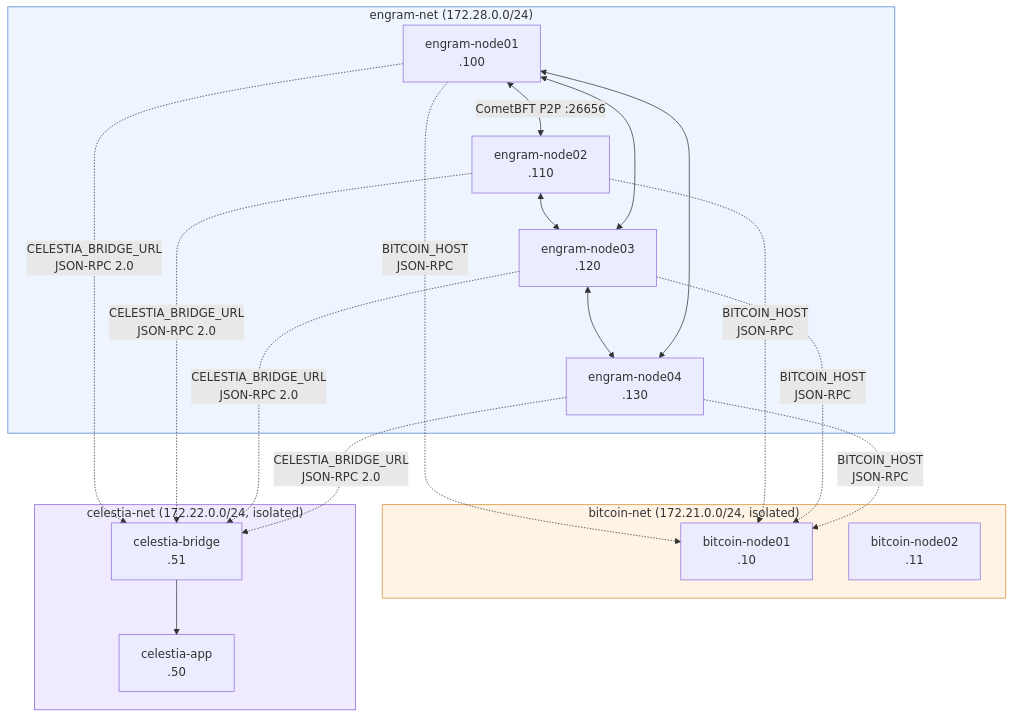
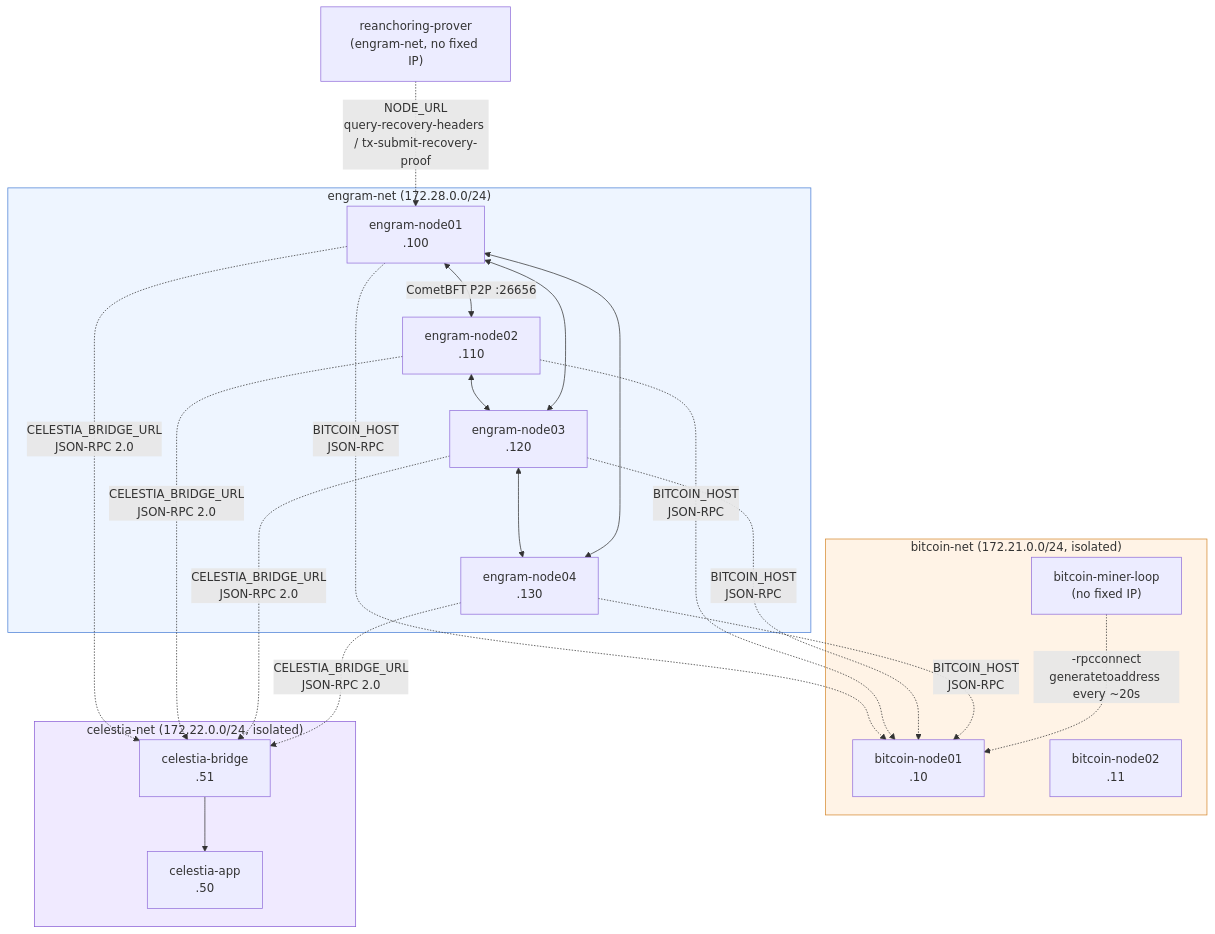
One commit to cuongct924/engram-sovereign-fsm changed the first of 3 diagrams in docs/ARCHITECTURE.md. Above: the diagram before and after it, drawn with Mermaid. The commit also changed other lines of this file and 1 other file, not shown here.

First line of the commit message:
docs: refresh ARCHITECTURE.md/DEVELOPMENT.md for the containerized miner-loop/prover setup

````diff
--- a/docs/ARCHITECTURE.md
+++ b/docs/ARCHITECTURE.md
@@ -10,29 +10,33 @@
 ```mermaid
 flowchart TB
     subgraph engramnet["engram-net (172.28.0.0/24)"]
         N1["engram-node01<br/>.100"]
         N2["engram-node02<br/>.110"]
         N3["engram-node03<br/>.120"]
         N4["engram-node04<br/>.130"]
         N1 <-->|CometBFT P2P :26656| N2
         N2 <--> N3
         N3 <--> N4
         N4 <--> N1
         N1 <--> N3
     end
     subgraph bitcoinnet["bitcoin-net (172.21.0.0/24, isolated)"]
         BTC1["bitcoin-node01<br/>.10"]
         BTC2["bitcoin-node02<br/>.11"]
+        Miner["bitcoin-miner-loop<br/>(no fixed IP)"]
     end
     subgraph celestianet["celestia-net (172.22.0.0/24, isolated)"]
         CApp["celestia-app<br/>.50"]
         CBridge["celestia-bridge<br/>.51"]
     end
+    Prover["reanchoring-prover<br/>(engram-net, no fixed IP)"]
     N1 & N2 & N3 & N4 -.->|BITCOIN_HOST<br/>JSON-RPC| BTC1
     N1 & N2 & N3 & N4 -.->|CELESTIA_BRIDGE_URL<br/>JSON-RPC 2.0| CBridge
     CBridge --> CApp
+    Miner -.->|"-rpcconnect<br/>generatetoaddress every ~20s"| BTC1
+    Prover -.->|"NODE_URL<br/>query-recovery-headers / tx-submit-recovery-proof"| N1
 
     style engramnet fill:#eef5ff,stroke:#4a7fd6
     style bitcoinnet fill:#fff3e6,stroke:#d68a30
     style celestianet fill:#f0eaff,stroke:#8a5fd6
 ```
````
